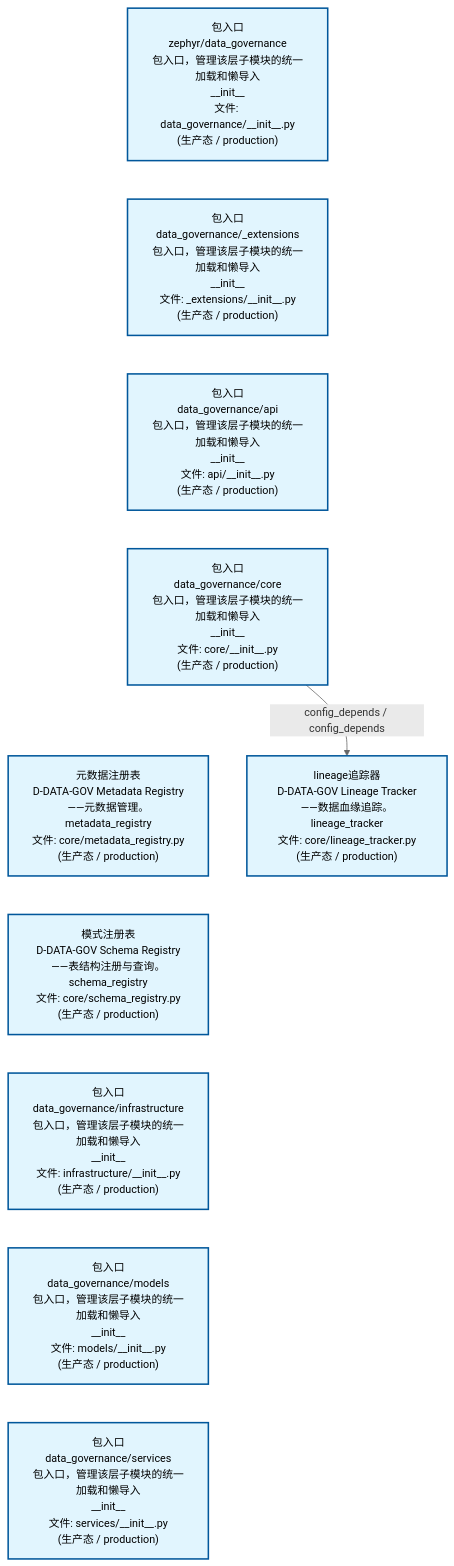
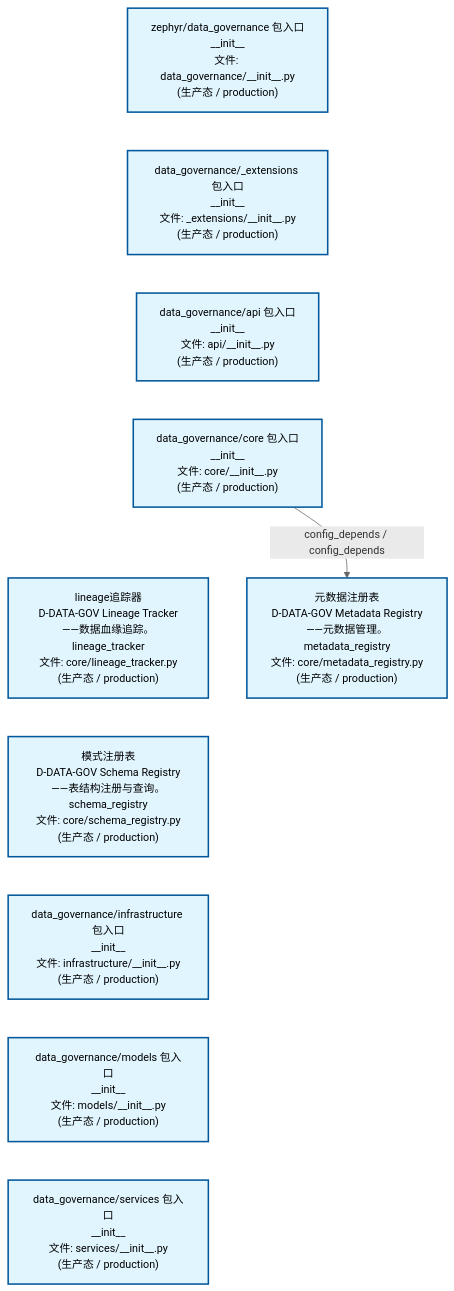
Before and after one commit to xuanFelixVan/ZephyrAlpha: the second of 2 diagrams in docs/02_enterprise_architecture/02_domain_architecture_docs/13_d_data_gov.md, drawn with Mermaid. The commit also changed other lines of this file and 61 other files, not shown here.

````diff
--- a/docs/02_enterprise_architecture/02_domain_architecture_docs/13_d_data_gov.md
+++ b/docs/02_enterprise_architecture/02_domain_architecture_docs/13_d_data_gov.md
@@ -86,28 +86,28 @@
 ```mermaid
 %%{init: {'theme': 'base', 'themeVariables': {'primaryColor': '#eaeaea', 'primaryTextColor': '#333333', 'primaryBorderColor': '#666666', 'lineColor': '#666666', 'secondaryColor': '#eaeaea', 'tertiaryColor': '#eaeaea', 'fontSize': '14px'}}}%%
 flowchart TD
-    src_zephyr_data_governance_init_py["包入口<br/>zephyr/data_governance<br/>包入口，管理该层子模块的统一加载和懒导入<br/>__init__<br/>文件: data_governance/__init__.py<br/>(生产态 / production)"]
-    src_zephyr_data_governance_extensions_init_py["包入口<br/>data_governance/_extensions<br/>包入口，管理该层子模块的统一加载和懒导入<br/>__init__<br/>文件: _extensions/__init__.py<br/>(生产态 / production)"]
-    src_zephyr_data_governance_api_init_py["包入口<br/>data_governance/api<br/>包入口，管理该层子模块的统一加载和懒导入<br/>__init__<br/>文件: api/__init__.py<br/>(生产态 / production)"]
-    src_zephyr_data_governance_core_init_py["包入口<br/>data_governance/core<br/>包入口，管理该层子模块的统一加载和懒导入<br/>__init__<br/>文件: core/__init__.py<br/>(生产态 / production)"]
-    src_zephyr_data_governance_core_metadata_registry_py["元数据注册表<br/>D-DATA-GOV Metadata Registry——元数据管理。<br/>metadata_registry<br/>文件: core/metadata_registry.py<br/>(生产态 / production)"]
+    src_zephyr_data_governance_init_py["zephyr/data_governance 包入口<br/>__init__<br/>文件: data_governance/__init__.py<br/>(生产态 / production)"]
+    src_zephyr_data_governance_extensions_init_py["data_governance/_extensions 包入口<br/>__init__<br/>文件: _extensions/__init__.py<br/>(生产态 / production)"]
+    src_zephyr_data_governance_api_init_py["data_governance/api 包入口<br/>__init__<br/>文件: api/__init__.py<br/>(生产态 / production)"]
+    src_zephyr_data_governance_core_init_py["data_governance/core 包入口<br/>__init__<br/>文件: core/__init__.py<br/>(生产态 / production)"]
+    src_zephyr_data_governance_core_lineage_tracker_py["lineage追踪器<br/>D-DATA-GOV Lineage Tracker——数据血缘追踪。<br/>lineage_tracker<br/>文件: core/lineage_tracker.py<br/>(生产态 / production)"]
     src_zephyr_data_governance_core_schema_registry_py["模式注册表<br/>D-DATA-GOV Schema Registry——表结构注册与查询。<br/>schema_registry<br/>文件: core/schema_registry.py<br/>(生产态 / production)"]
-    src_zephyr_data_governance_infrastructure_init_py["包入口<br/>data_governance/infrastructure<br/>包入口，管理该层子模块的统一加载和懒导入<br/>__init__<br/>文件: infrastructure/__init__.py<br/>(生产态 / production)"]
-    src_zephyr_data_governance_models_init_py["包入口<br/>data_governance/models<br/>包入口，管理该层子模块的统一加载和懒导入<br/>__init__<br/>文件: models/__init__.py<br/>(生产态 / production)"]
-    src_zephyr_data_governance_services_init_py["包入口<br/>data_governance/services<br/>包入口，管理该层子模块的统一加载和懒导入<br/>__init__<br/>文件: services/__init__.py<br/>(生产态 / production)"]
+    src_zephyr_data_governance_infrastructure_init_py["data_governance/infrastructure 包入口<br/>__init__<br/>文件: infrastructure/__init__.py<br/>(生产态 / production)"]
+    src_zephyr_data_governance_models_init_py["data_governance/models 包入口<br/>__init__<br/>文件: models/__init__.py<br/>(生产态 / production)"]
+    src_zephyr_data_governance_services_init_py["data_governance/services 包入口<br/>__init__<br/>文件: services/__init__.py<br/>(生产态 / production)"]
     src_zephyr_data_governance_init_py ~~~ src_zephyr_data_governance_extensions_init_py
     src_zephyr_data_governance_extensions_init_py ~~~ src_zephyr_data_governance_api_init_py
     src_zephyr_data_governance_api_init_py ~~~ src_zephyr_data_governance_core_init_py
-    src_zephyr_data_governance_core_init_py ~~~ src_zephyr_data_governance_core_metadata_registry_py
-    src_zephyr_data_governance_core_metadata_registry_py ~~~ src_zephyr_data_governance_core_schema_registry_py
+    src_zephyr_data_governance_core_init_py ~~~ src_zephyr_data_governance_core_lineage_tracker_py
+    src_zephyr_data_governance_core_lineage_tracker_py ~~~ src_zephyr_data_governance_core_schema_registry_py
     src_zephyr_data_governance_core_schema_registry_py ~~~ src_zephyr_data_governance_infrastructure_init_py
     src_zephyr_data_governance_infrastructure_init_py ~~~ src_zephyr_data_governance_models_init_py
     src_zephyr_data_governance_models_init_py ~~~ src_zephyr_data_governance_services_init_py
-    src_zephyr_data_governance_core_lineage_tracker_py["lineage追踪器<br/>D-DATA-GOV Lineage Tracker——数据血缘追踪。<br/>lineage_tracker<br/>文件: core/lineage_tracker.py<br/>(生产态 / production)"]
-    src_zephyr_data_governance_core_init_py -->|config_depends / config_depends| src_zephyr_data_governance_core_lineage_tracker_py
+    src_zephyr_data_governance_core_metadata_registry_py["元数据注册表<br/>D-DATA-GOV Metadata Registry——元数据管理。<br/>metadata_registry<br/>文件: core/metadata_registry.py<br/>(生产态 / production)"]
+    src_zephyr_data_governance_core_init_py -->|config_depends / config_depends| src_zephyr_data_governance_core_metadata_registry_py
     classDef production fill:#e1f5fe,stroke:#01579b,stroke-width:2px,color:#000
     classDef design fill:#fff3e0,stroke:#e65100,stroke-width:2px,color:#000,stroke-dasharray: 5 5
     classDef external_prod fill:#e8f4fd,stroke:#0277bd,stroke-width:1px,color:#000
     classDef external_design fill:#fff8e7,stroke:#ef6c00,stroke-width:1px,color:#000,stroke-dasharray: 5 5
     class src_zephyr_data_governance_init_py,src_zephyr_data_governance_extensions_init_py,src_zephyr_data_governance_api_init_py,src_zephyr_data_governance_core_init_py,src_zephyr_data_governance_core_lineage_tracker_py,src_zephyr_data_governance_core_metadata_registry_py,src_zephyr_data_governance_core_schema_registry_py,src_zephyr_data_governance_infrastructure_init_py,src_zephyr_data_governance_models_init_py,src_zephyr_data_governance_services_init_py production
 ```
````
